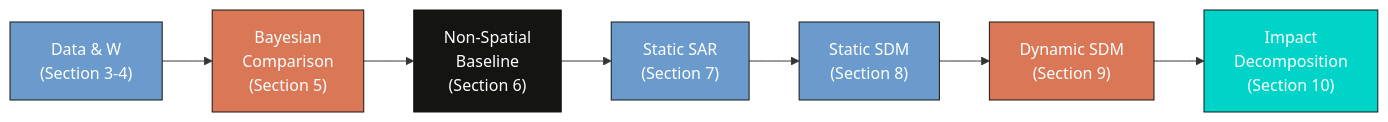
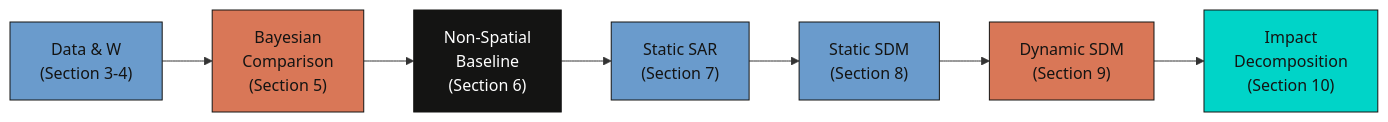
The first of 2 diagrams in content/post/r_SDPDmod/index.md (cmg777/starter-academic-v501), drawn with Mermaid before and after one commit. The commit also changed other lines of this file and 67 other files, not shown here.

First line of the commit message:
fix(mermaid): readable diagram text in both themes across the site

````diff
--- a/content/post/r_SDPDmod/index.md
+++ b/content/post/r_SDPDmod/index.md
@@ -236,17 +236,17 @@
 ```mermaid
 graph LR
     A["Data & W<br/>(Section 3-4)"] --> B["Bayesian<br/>Comparison<br/>(Section 5)"]
     B --> B2["Non-Spatial<br/>Baseline<br/>(Section 6)"]
     B2 --> C["Static SAR<br/>(Section 7)"]
     C --> D["Static SDM<br/>(Section 8)"]
     D --> E["Dynamic SDM<br/>(Section 9)"]
     E --> F["Impact<br/>Decomposition<br/>(Section 10)"]
 
-    style A fill:#6a9bcc,stroke:#141413,color:#fff
-    style B fill:#d97757,stroke:#141413,color:#fff
+    style A fill:#6a9bcc,stroke:#141413,color:#141413
+    style B fill:#d97757,stroke:#141413,color:#141413
     style B2 fill:#141413,stroke:#141413,color:#fff
-    style C fill:#6a9bcc,stroke:#141413,color:#fff
-    style D fill:#6a9bcc,stroke:#141413,color:#fff
-    style E fill:#d97757,stroke:#141413,color:#fff
-    style F fill:#00d4c8,stroke:#141413,color:#fff
+    style C fill:#6a9bcc,stroke:#141413,color:#141413
+    style D fill:#6a9bcc,stroke:#141413,color:#141413
+    style E fill:#d97757,stroke:#141413,color:#141413
+    style F fill:#00d4c8,stroke:#141413,color:#141413
 ```
````
